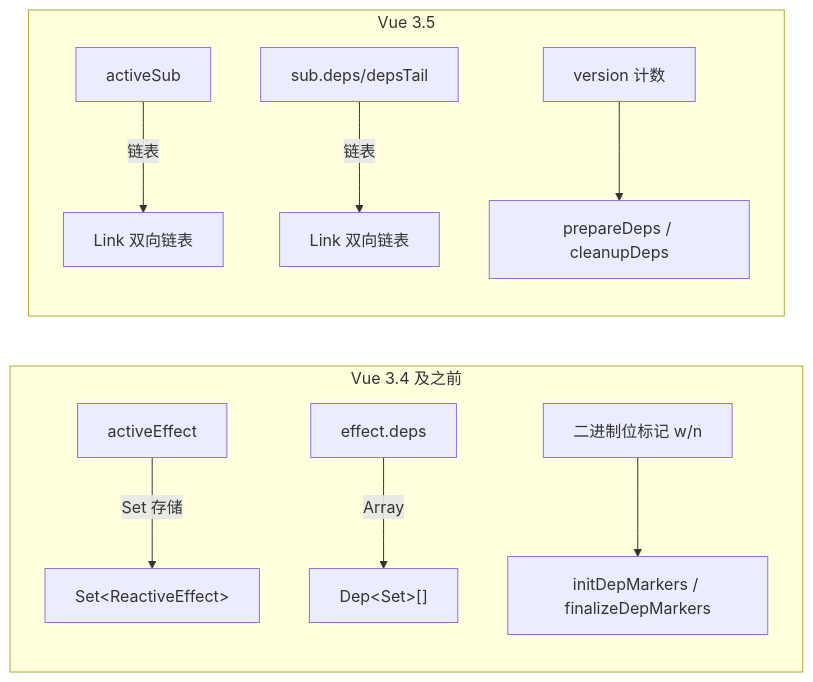
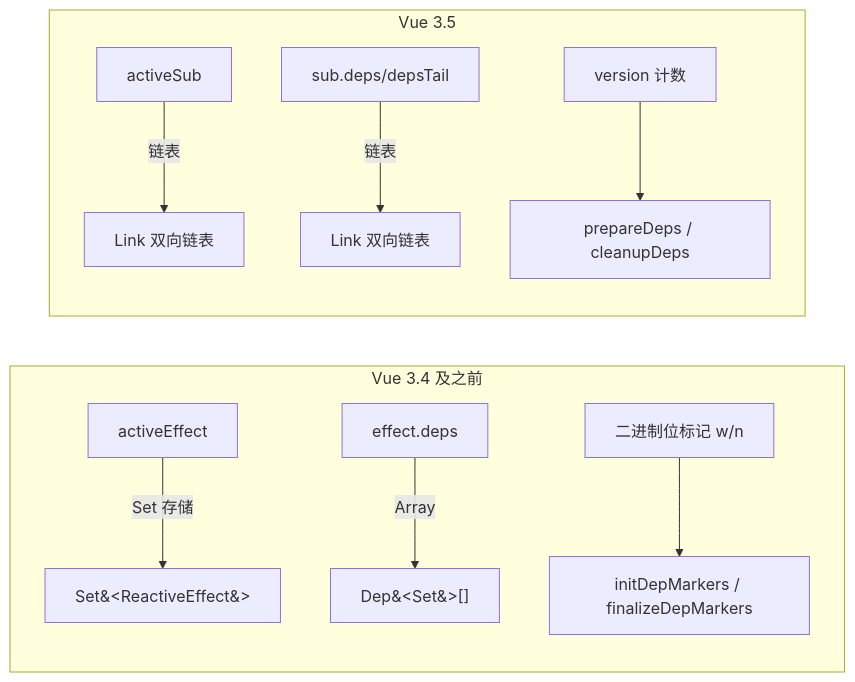
Before and after one commit to zhangzhengyang27/tech-codex: the first of 8 diagrams in docs/04-前端/06-vue3/01-vue3文档/04-原理与工程化/13-响应式-副作用函数与依赖收集.md, drawn with Mermaid. The commit also changed other lines of this file and 195 other files, not shown here.

````diff
--- a/docs/04-前端/06-vue3/01-vue3文档/04-原理与工程化/13-响应式-副作用函数与依赖收集.md
+++ b/docs/04-前端/06-vue3/01-vue3文档/04-原理与工程化/13-响应式-副作用函数与依赖收集.md
@@ -140,14 +140,14 @@
 ```mermaid
 graph LR
   subgraph "Vue 3.4 及之前"
-    A[activeEffect] -->|Set 存储| B["Set&lt;ReactiveEffect&gt;"]
-    C[effect.deps] -->|Array| D["Dep&lt;Set&gt;[]"]
+    A[activeEffect] -->|Set 存储| B["Set&#60;ReactiveEffect&#62;"]
+    C[effect.deps] -->|Array| D["Dep&#60;Set&#62;[]"]
     E[二进制位标记 w/n] --> F["initDepMarkers / finalizeDepMarkers"]
   end
 
   subgraph "Vue 3.5"
     G[activeSub] -->|链表| H["Link 双向链表"]
     I[sub.deps/depsTail] -->|链表| J["Link 双向链表"]
     K[version 计数] --> L["prepareDeps / cleanupDeps"]
   end
 ```
````
